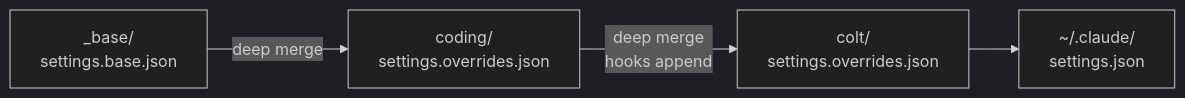
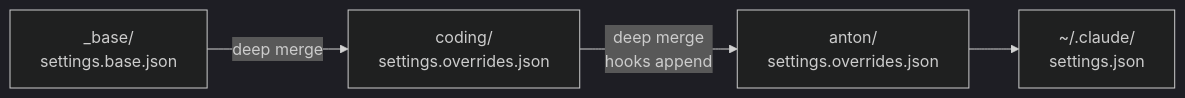
Before and after one commit to the-cloud-clockwork/agentihooks: the first of 2 diagrams in docs/pillars/identity.md, drawn with Mermaid (dark theme). The commit also changed other lines of this file and 13 other files, not shown here.

First line of the commit message:
refactor: rename colt profile to anton + add image persistence reminder

````diff
--- a/docs/pillars/identity.md
+++ b/docs/pillars/identity.md
@@ -92,11 +92,11 @@
 ```mermaid
 flowchart LR
     base["_base/\nsettings.base.json"]
     coding["coding/\nsettings.overrides.json"]
-    colt["colt/\nsettings.overrides.json"]
+    anton["anton/\nsettings.overrides.json"]
     final["~/.claude/\nsettings.json"]
 
     base -->|"deep merge"| coding
-    coding -->|"deep merge\nhooks append"| colt
-    colt --> final
+    coding -->|"deep merge\nhooks append"| anton
+    anton --> final
 ```
````
